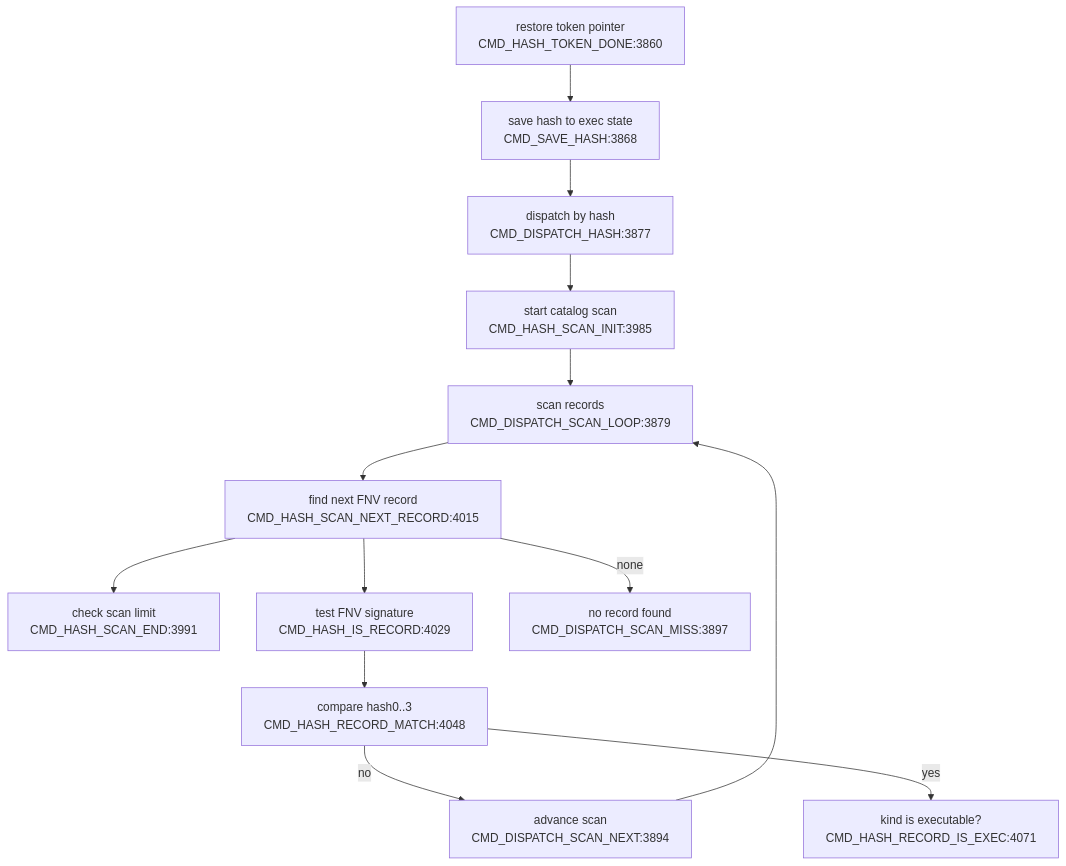
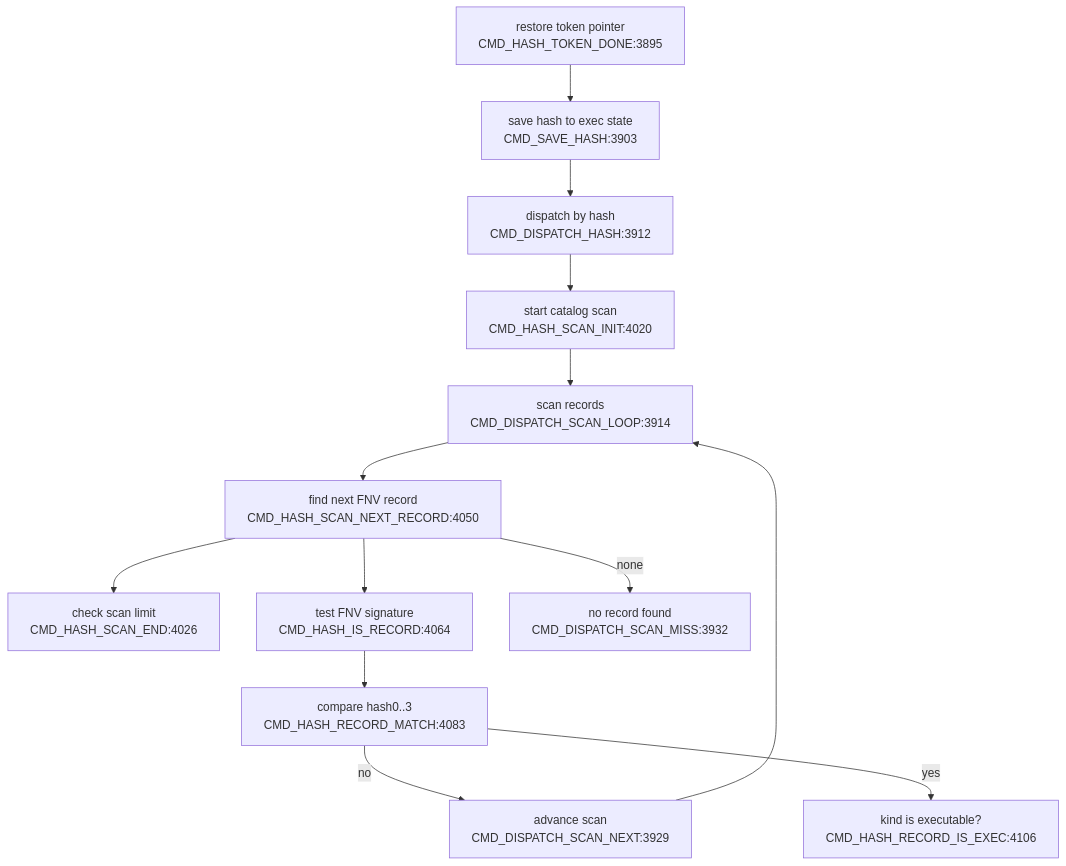
The third of 4 diagrams in DOC/GENERATED/CMD_FLOW_MAP.md (95westus/R-YORS), drawn with Mermaid before and after one commit. The commit also changed other lines of this file and 29 other files, not shown here.

````diff
--- a/DOC/GENERATED/CMD_FLOW_MAP.md
+++ b/DOC/GENERATED/CMD_FLOW_MAP.md
@@ -40,15 +40,15 @@
 ```mermaid
 flowchart TD
-    DONE["restore token pointer<br/>CMD_HASH_TOKEN_DONE:3860"] --> SAVEHASH["save hash to exec state<br/>CMD_SAVE_HASH:3868"]
-    SAVEHASH --> DISPATCH["dispatch by hash<br/>CMD_DISPATCH_HASH:3877"]
-    DISPATCH --> SCANINIT["start catalog scan<br/>CMD_HASH_SCAN_INIT:3985"]
-    SCANINIT --> SCANLOOP["scan records<br/>CMD_DISPATCH_SCAN_LOOP:3879"]
-    SCANLOOP --> NEXTREC["find next FNV record<br/>CMD_HASH_SCAN_NEXT_RECORD:4015"]
-    NEXTREC --> ENDCHK["check scan limit<br/>CMD_HASH_SCAN_END:3991"]
-    NEXTREC --> ISREC["test FNV signature<br/>CMD_HASH_IS_RECORD:4029"]
-    NEXTREC -->|none| MISS["no record found<br/>CMD_DISPATCH_SCAN_MISS:3897"]
-    ISREC --> MATCH["compare hash0..3<br/>CMD_HASH_RECORD_MATCH:4048"]
-    MATCH -->|no| ADV["advance scan<br/>CMD_DISPATCH_SCAN_NEXT:3894"]
+    DONE["restore token pointer<br/>CMD_HASH_TOKEN_DONE:3895"] --> SAVEHASH["save hash to exec state<br/>CMD_SAVE_HASH:3903"]
+    SAVEHASH --> DISPATCH["dispatch by hash<br/>CMD_DISPATCH_HASH:3912"]
+    DISPATCH --> SCANINIT["start catalog scan<br/>CMD_HASH_SCAN_INIT:4020"]
+    SCANINIT --> SCANLOOP["scan records<br/>CMD_DISPATCH_SCAN_LOOP:3914"]
+    SCANLOOP --> NEXTREC["find next FNV record<br/>CMD_HASH_SCAN_NEXT_RECORD:4050"]
+    NEXTREC --> ENDCHK["check scan limit<br/>CMD_HASH_SCAN_END:4026"]
+    NEXTREC --> ISREC["test FNV signature<br/>CMD_HASH_IS_RECORD:4064"]
+    NEXTREC -->|none| MISS["no record found<br/>CMD_DISPATCH_SCAN_MISS:3932"]
+    ISREC --> MATCH["compare hash0..3<br/>CMD_HASH_RECORD_MATCH:4083"]
+    MATCH -->|no| ADV["advance scan<br/>CMD_DISPATCH_SCAN_NEXT:3929"]
     ADV --> SCANLOOP
-    MATCH -->|yes| EXECOK["kind is executable?<br/>CMD_HASH_RECORD_IS_EXEC:4071"]
+    MATCH -->|yes| EXECOK["kind is executable?<br/>CMD_HASH_RECORD_IS_EXEC:4106"]
 ```
````
